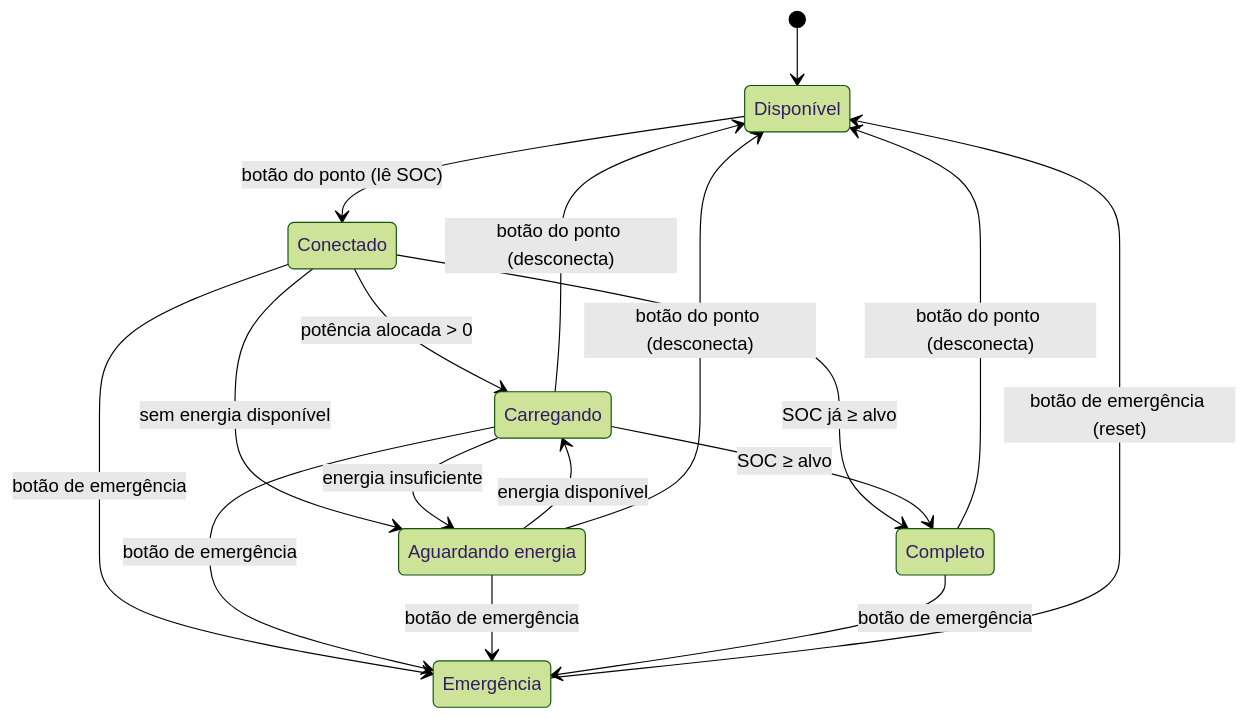
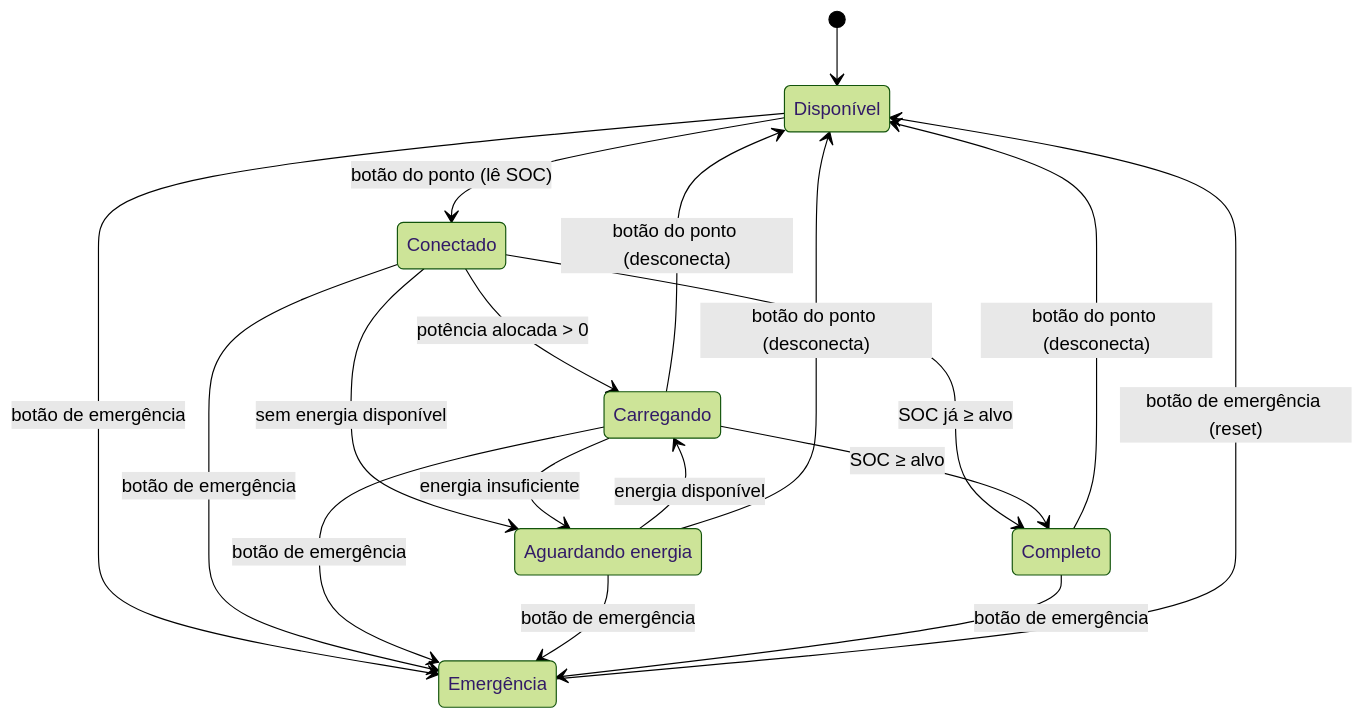
One commit to GustavoBitencourtLopes/sprint4-goodwe-solarflow changed the fourth of 4 diagrams in docs/arquitetura.md. Above: the diagram before and after it, drawn with Mermaid (forest theme). The commit also changed other lines of this file, not shown here.

````diff
--- a/docs/arquitetura.md
+++ b/docs/arquitetura.md
@@ -170,26 +182,27 @@
 ```mermaid
 stateDiagram-v2
     state "Disponível" as Disponivel
     state "Conectado" as Conectado
     state "Carregando" as Carregando
     state "Aguardando energia" as Aguardando
     state "Completo" as Completo
     state "Emergência" as Emergencia
 
     [*] --> Disponivel
     Disponivel --> Conectado: botão do ponto (lê SOC)
     Conectado --> Completo: SOC já ≥ alvo
     Conectado --> Carregando: potência alocada > 0
     Conectado --> Aguardando: sem energia disponível
     Aguardando --> Carregando: energia disponível
     Carregando --> Aguardando: energia insuficiente
     Carregando --> Completo: SOC ≥ alvo
     Carregando --> Disponivel: botão do ponto (desconecta)
     Aguardando --> Disponivel: botão do ponto (desconecta)
     Completo --> Disponivel: botão do ponto (desconecta)
+    Disponivel --> Emergencia: botão de emergência
     Conectado --> Emergencia: botão de emergência
     Carregando --> Emergencia: botão de emergência
     Aguardando --> Emergencia: botão de emergência
     Completo --> Emergencia: botão de emergência
     Emergencia --> Disponivel: botão de emergência (reset)
 ```
````
